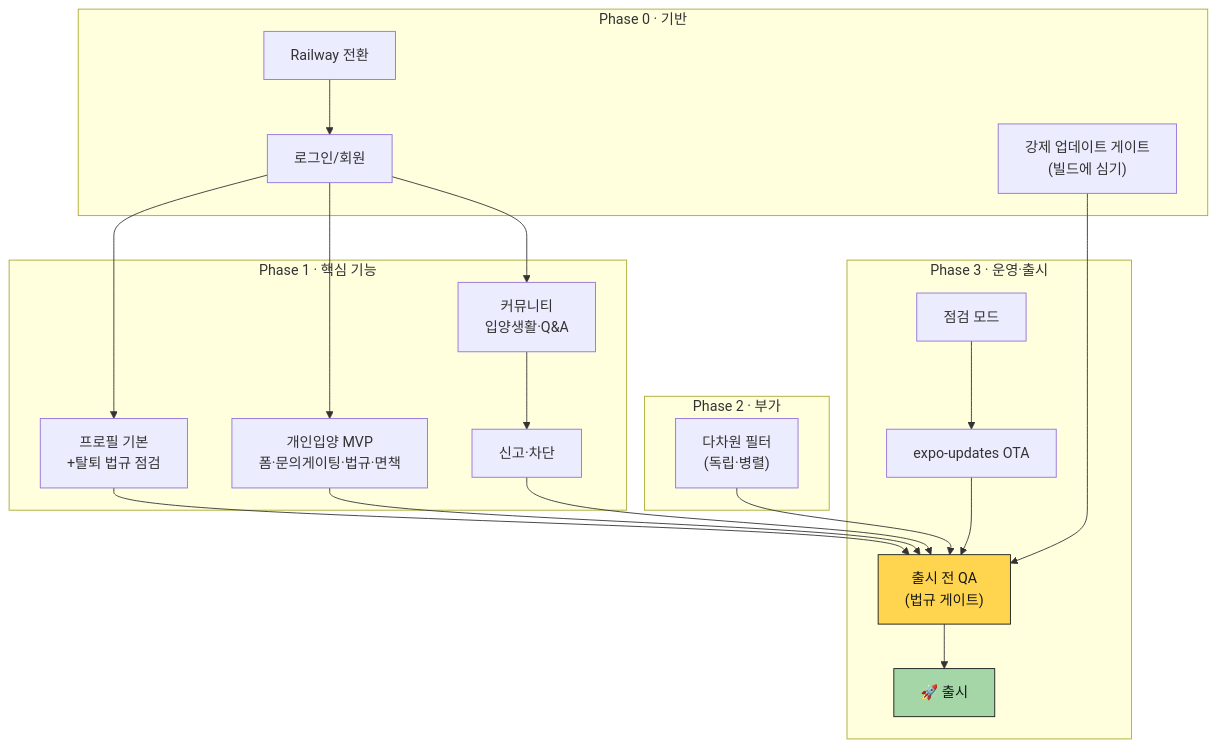
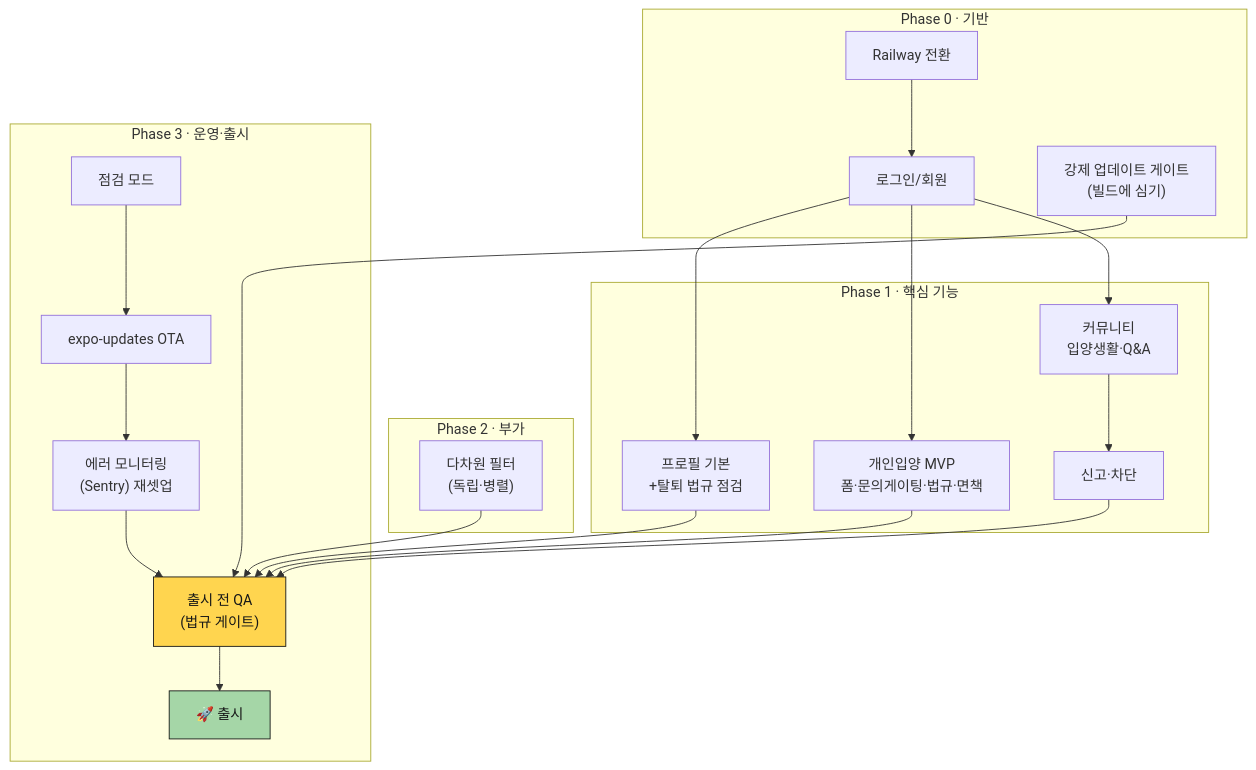
One commit to slowteady/keeper-app changed the diagram in docs/backlog/release-plan.md. Above: the diagram before and after it, drawn with Mermaid. The commit also changed other lines of this file and 1 other file, not shown here.

Commit message:
docs(backlog): 강제 업데이트 게이트 설계 + Sentry 재셋업 P0

````diff
--- a/docs/backlog/release-plan.md
+++ b/docs/backlog/release-plan.md
@@ -48,30 +49,31 @@
 ```mermaid
 graph TD
   subgraph P0["Phase 0 · 기반"]
     R["Railway 전환"] --> Auth["로그인/회원"]
     Gate["강제 업데이트 게이트<br/>(빌드에 심기)"]
   end
   subgraph P1["Phase 1 · 핵심 기능"]
     Auth --> Profile["프로필 기본<br/>+탈퇴 법규 점검"]
     Auth --> Adopt["개인입양 MVP<br/>폼·문의게이팅·법규·면책"]
     Auth --> Comm["커뮤니티<br/>입양생활·Q&A"]
     Comm --> Report["신고·차단"]
   end
   subgraph P2["Phase 2 · 부가"]
     Filter["다차원 필터<br/>(독립·병렬)"]
   end
   subgraph P3["Phase 3 · 운영·출시"]
     Maint["점검 모드"] --> OTA["expo-updates OTA"]
-    OTA --> QA["출시 전 QA<br/>(법규 게이트)"]
+    OTA --> Sentry["에러 모니터링<br/>(Sentry) 재셋업"]
+    Sentry --> QA["출시 전 QA<br/>(법규 게이트)"]
     QA --> Release["🚀 출시"]
   end
 
   Profile --> QA
   Adopt --> QA
   Report --> QA
   Filter --> QA
   Gate --> QA
 
   style Release fill:#a5d6a7,stroke:#161717,color:#161717
   style QA fill:#ffd54f,stroke:#161717,color:#161717
 ```
````
